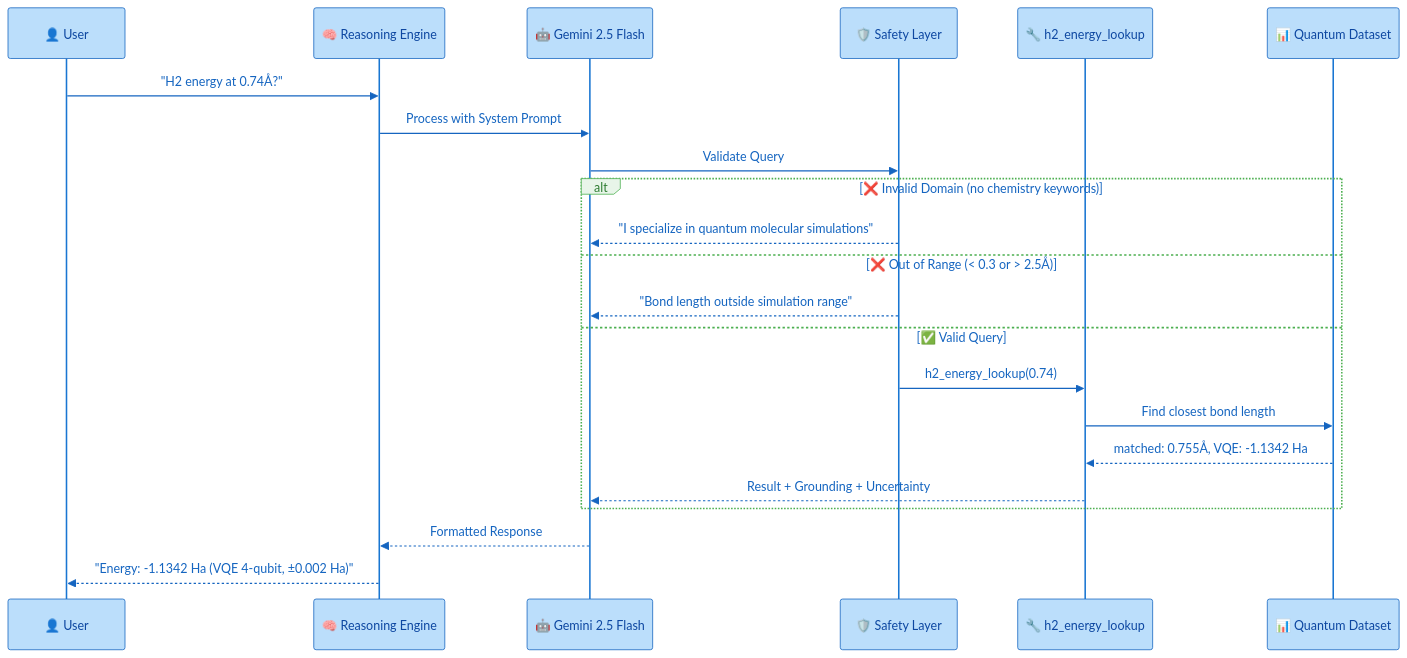
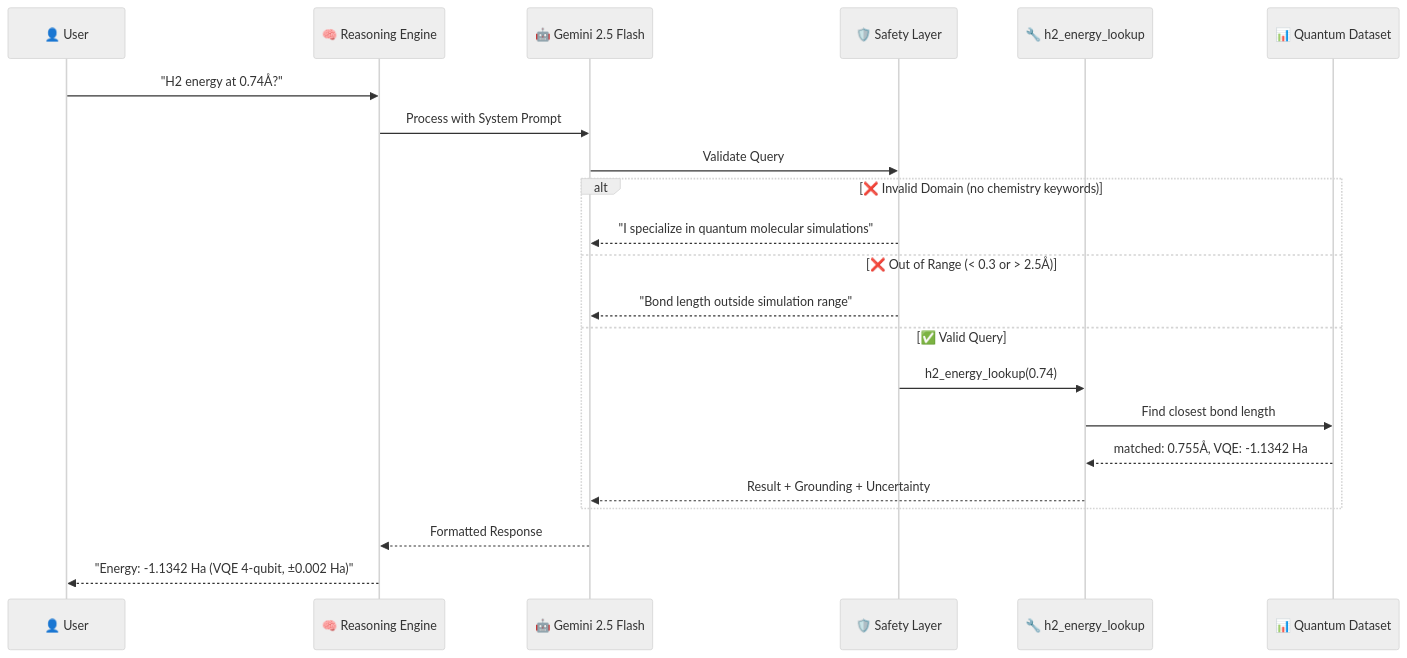
One commit to shashankshekharraj/QuantumSynth_AI changed the second of 2 diagrams in README.md. Above: the diagram before and after it, drawn with Mermaid.

Commit message:
Fix sequence diagram to use neutral light theme

````diff
--- a/README.md
+++ b/README.md
@@ -100,28 +100,28 @@
 ```mermaid
-%%{init: {'theme': 'base', 'themeVariables': { 'primaryColor': '#E3F2FD', 'primaryTextColor': '#1565C0', 'primaryBorderColor': '#1976D2', 'lineColor': '#1976D2', 'secondaryColor': '#FFF8E1', 'tertiaryColor': '#FFFFFF', 'background': '#FFFFFF', 'actorBkg': '#BBDEFB', 'actorBorder': '#1565C0', 'actorTextColor': '#0D47A1', 'actorLineColor': '#1976D2', 'signalColor': '#1565C0', 'signalTextColor': '#1565C0', 'labelBoxBkgColor': '#E8F5E9', 'labelBoxBorderColor': '#4CAF50', 'labelTextColor': '#2E7D32', 'loopTextColor': '#1565C0', 'noteBkgColor': '#FFF8E1', 'noteTextColor': '#F57F17', 'noteBorderColor': '#FFC107', 'activationBkgColor': '#E1F5FE', 'activationBorderColor': '#03A9F4', 'sequenceNumberColor': '#FFFFFF'}}}%%
+%%{init: {'theme': 'neutral'}}%%
 sequenceDiagram
     participant U as 👤 User
     participant R as 🧠 Reasoning Engine
     participant G as 🤖 Gemini 2.5 Flash
     participant S as 🛡️ Safety Layer
     participant T as 🔧 h2_energy_lookup
     participant D as 📊 Quantum Dataset
 
     U->>R: "H2 energy at 0.74Å?"
     R->>G: Process with System Prompt
     G->>S: Validate Query
 
     alt ❌ Invalid Domain (no chemistry keywords)
         S-->>G: "I specialize in quantum molecular simulations"
     else ❌ Out of Range (< 0.3 or > 2.5Å)
         S-->>G: "Bond length outside simulation range"
     else ✅ Valid Query
         S->>T: h2_energy_lookup(0.74)
         T->>D: Find closest bond length
         D-->>T: matched: 0.755Å, VQE: -1.1342 Ha
         T-->>G: Result + Grounding + Uncertainty
     end
 
     G-->>R: Formatted Response
     R-->>U: "Energy: -1.1342 Ha (VQE 4-qubit, ±0.002 Ha)"
 ```
````
